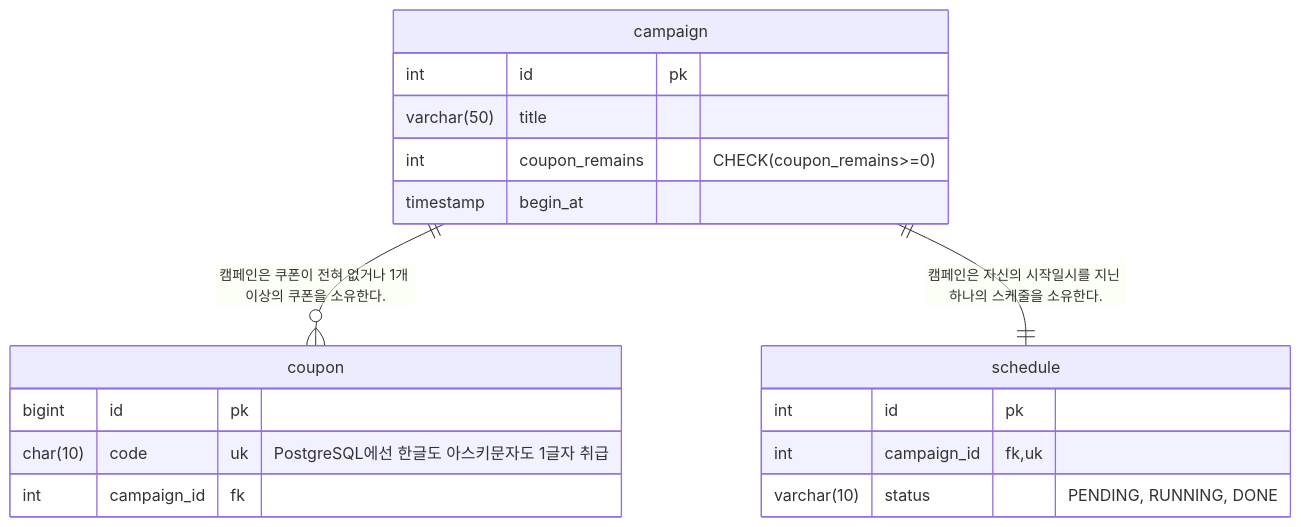
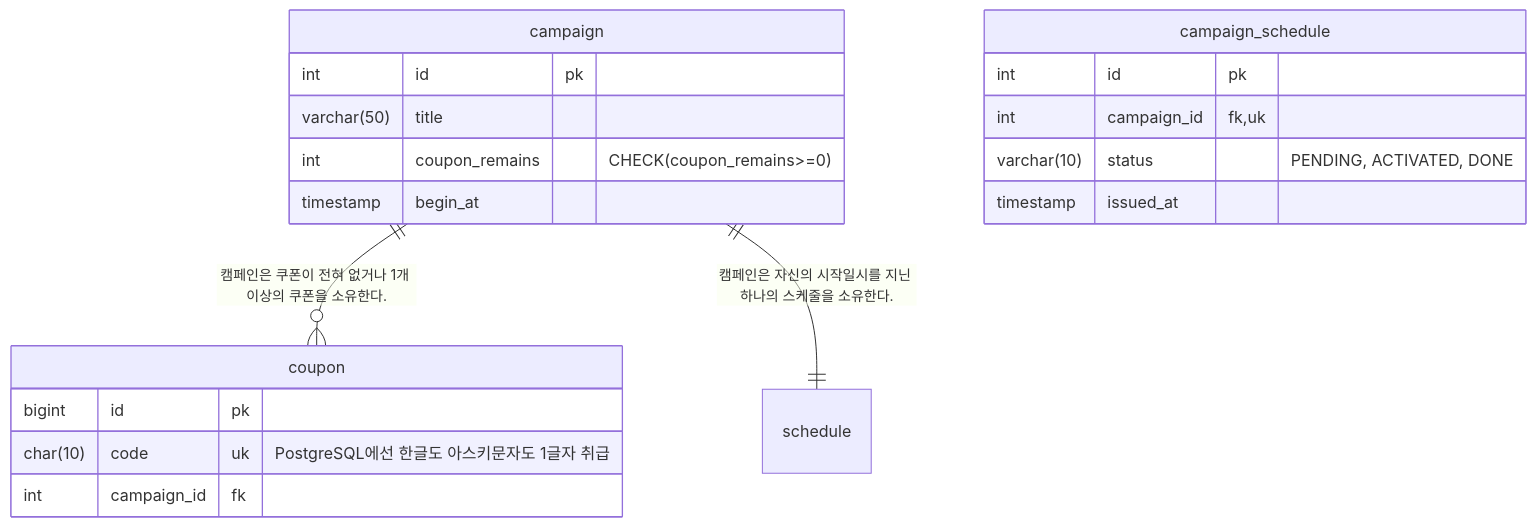
Before and after one commit to loveo2d/coupon-issuance-system: the fourth of 4 diagrams in README.md, drawn with Mermaid. The commit also changed other lines of this file, not shown here.

Commit message:
fix: 계층 명칭 수정, 스케줄 상태 명칭 수정, 스케줄은 캠페인에 종속되어 있으므로 명칭 수정 (schedule -> campaign_schedule)

````diff
--- a/README.md
+++ b/README.md
@@ -189,24 +189,25 @@
 ```mermaid
 erDiagram
     campaign {
         int id pk
         varchar(50) title
         int coupon_remains "CHECK(coupon_remains>=0)"
         timestamp begin_at
     }
 
     coupon {
         bigint id pk
         char(10) code uk "PostgreSQL에선 한글도 아스키문자도 1글자 취급"
         int campaign_id fk
     }
 
-    schedule {
+    campaign_schedule {
         int id pk
         int campaign_id fk,uk
-        varchar(10) status "PENDING, RUNNING, DONE"
+        varchar(10) status "PENDING, ACTIVATED, DONE"
+        timestamp issued_at
     }
 
     campaign ||--o{ coupon: "캠페인은 쿠폰이 전혀 없거나 1개 이상의 쿠폰을 소유한다."
     campaign ||--|| schedule: "캠페인은 자신의 시작일시를 지닌 하나의 스케줄을 소유한다."
 ```
````
